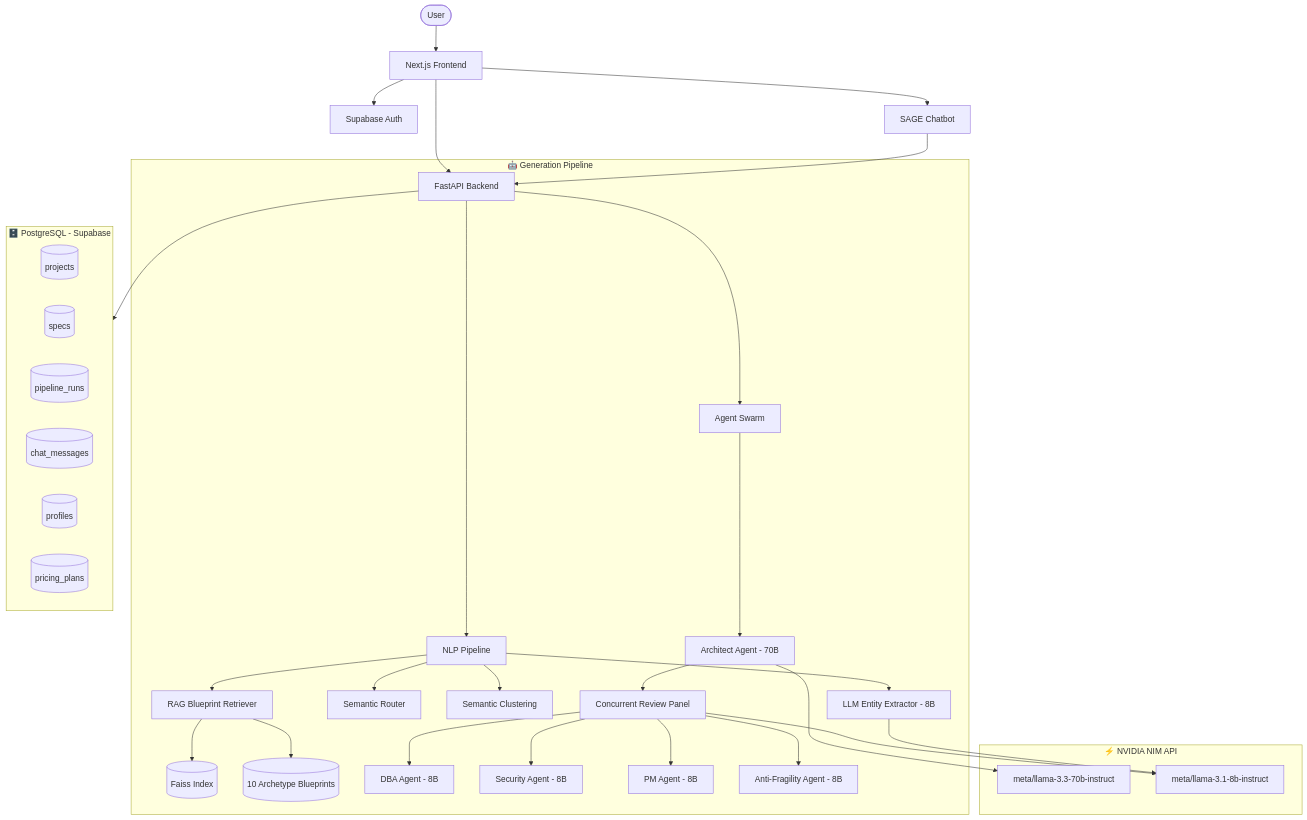
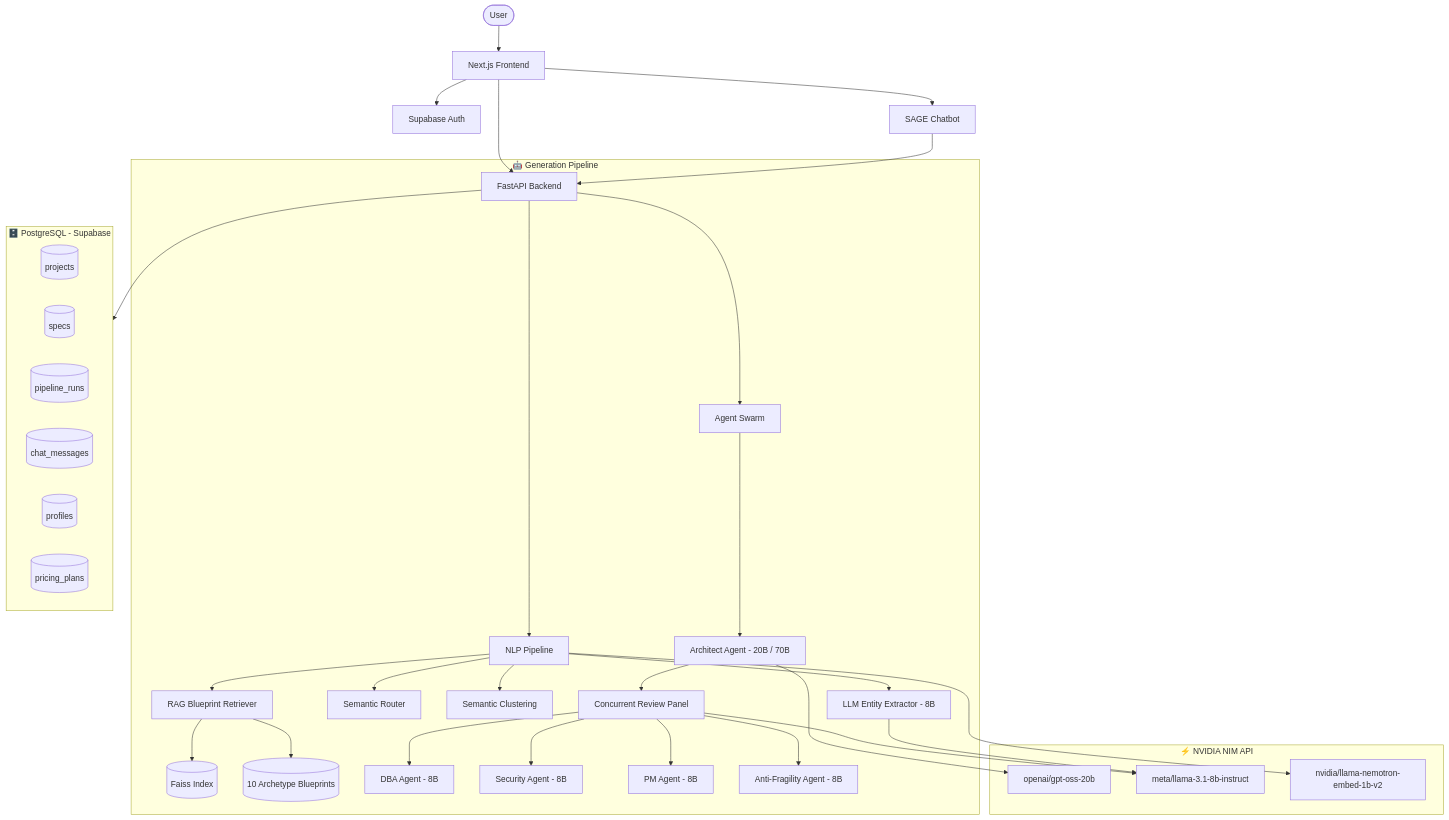
The diagram in README.md (Kushal-Raj-G-S/Baxel-Spec-to-Backend-Architect), drawn with Mermaid before and after one commit. The commit also changed other lines of this file and 4 other files, not shown here.

````diff
--- a/README.md
+++ b/README.md
@@ -116,47 +115,49 @@
 ```mermaid
 graph TD
     User([User]) --> FE[Next.js Frontend]
 
     FE --> Auth[Supabase Auth]
     FE --> API[FastAPI Backend]
 
     subgraph Pipeline["🤖 Generation Pipeline"]
         API --> NLP[NLP Pipeline]
         NLP --> EntityExtractor[LLM Entity Extractor - 8B]
         NLP --> SemanticRouter[Semantic Router]
         NLP --> Clustering[Semantic Clustering]
         NLP --> RAG[RAG Blueprint Retriever]
         RAG --> Faiss[(Faiss Index)]
         RAG --> Blueprints[(10 Archetype Blueprints)]
 
         API --> Swarm[Agent Swarm]
-        Swarm --> Architect[Architect Agent - 70B]
+        Swarm --> Architect[Architect Agent - 20B / 70B]
         Architect --> Reviews[Concurrent Review Panel]
         Reviews --> DBA[DBA Agent - 8B]
         Reviews --> Security[Security Agent - 8B]
         Reviews --> PM[PM Agent - 8B]
         Reviews --> AntiFragility[Anti-Fragility Agent - 8B]
     end
 
     subgraph Storage["🗄️ PostgreSQL - Supabase"]
         DB[(projects)]
         DB2[(specs)]
         DB3[(pipeline_runs)]
         DB4[(chat_messages)]
         DB5[(profiles)]
         DB6[(pricing_plans)]
     end
 
     API --> Storage
     FE --> SAGE[SAGE Chatbot]
     SAGE --> API
 
     subgraph LLM["⚡ NVIDIA NIM API"]
-        Model70B[meta/llama-3.3-70b-instruct]
+        Model20B[openai/gpt-oss-20b]
         Model8B[meta/llama-3.1-8b-instruct]
+        EmbedModel[nvidia/llama-nemotron-embed-1b-v2]
     end
 
-    Architect --> Model70B
+    Architect --> Model20B
     Reviews --> Model8B
     EntityExtractor --> Model8B
+    NLP --> EmbedModel
 ```
````
